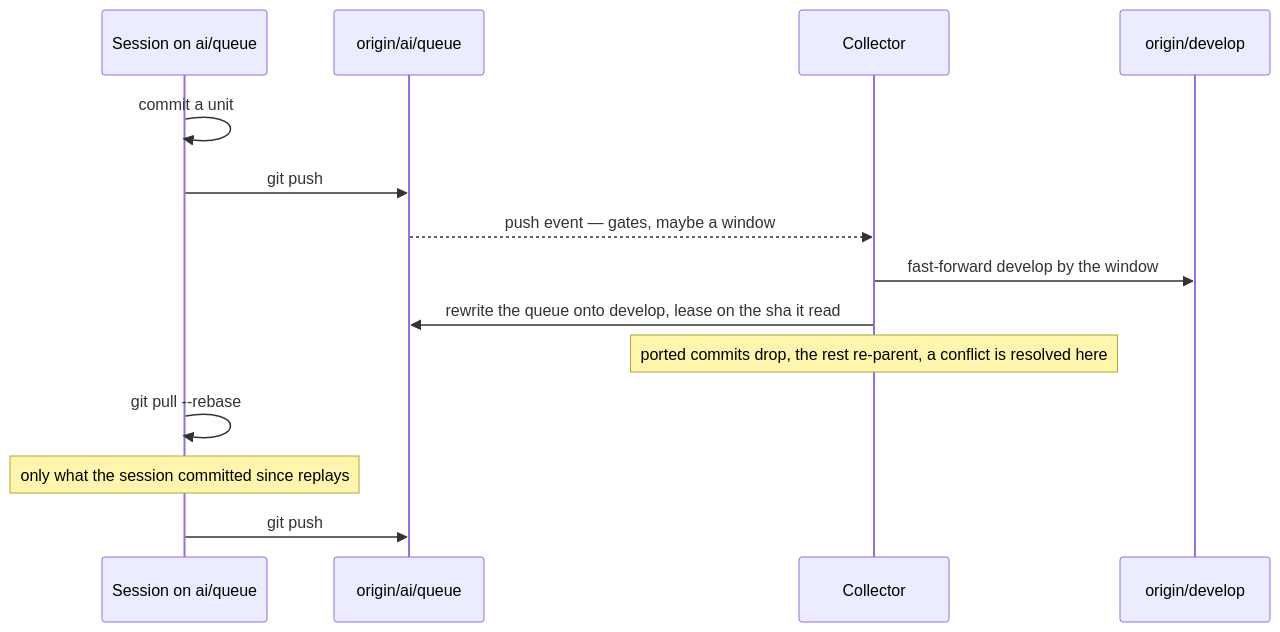
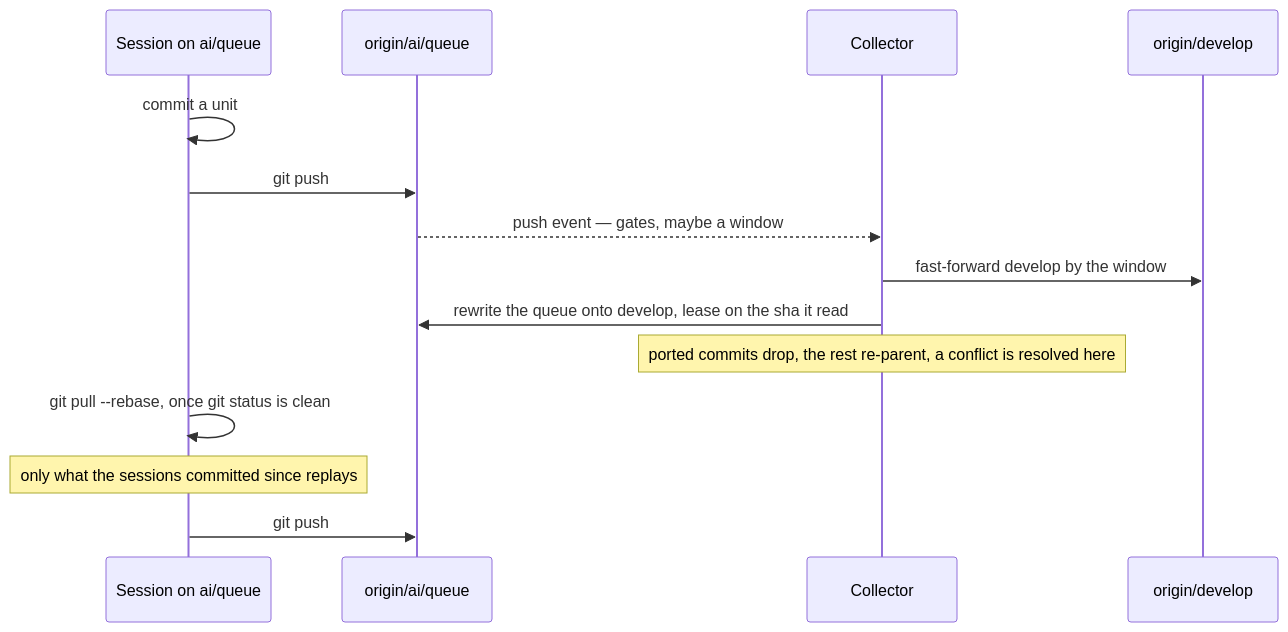
Before and after one commit to Esposter/Esposter: the diagram in apps/web/content/docs/infra/review-collector/two-writers.md, drawn with Mermaid. The commit also changed other lines of this file and 11 other files, not shown here.

First line of the commit message:
fix(coderabbit): the sync's attempt cap is counted on the commit, and the session pulls only over a clean tree

````diff
--- a/apps/web/content/docs/infra/review-collector/two-writers.md
+++ b/apps/web/content/docs/infra/review-collector/two-writers.md
@@ -21,16 +21,16 @@
 ```mermaid
 sequenceDiagram
   participant S as Session on ai/queue
   participant Q as origin/ai/queue
   participant C as Collector
   participant D as origin/develop
   S->>S: commit a unit
   S->>Q: git push
   Q-->>C: push event — gates, maybe a window
   C->>D: fast-forward develop by the window
   C->>Q: rewrite the queue onto develop, lease on the sha it read
   Note over C: ported commits drop, the rest re-parent, a conflict is resolved here
-  S->>S: git pull --rebase
-  Note over S: only what the session committed since replays
+  S->>S: git pull --rebase, once git status is clean
+  Note over S: only what the sessions committed since replays
   S->>Q: git push
 ```
````
